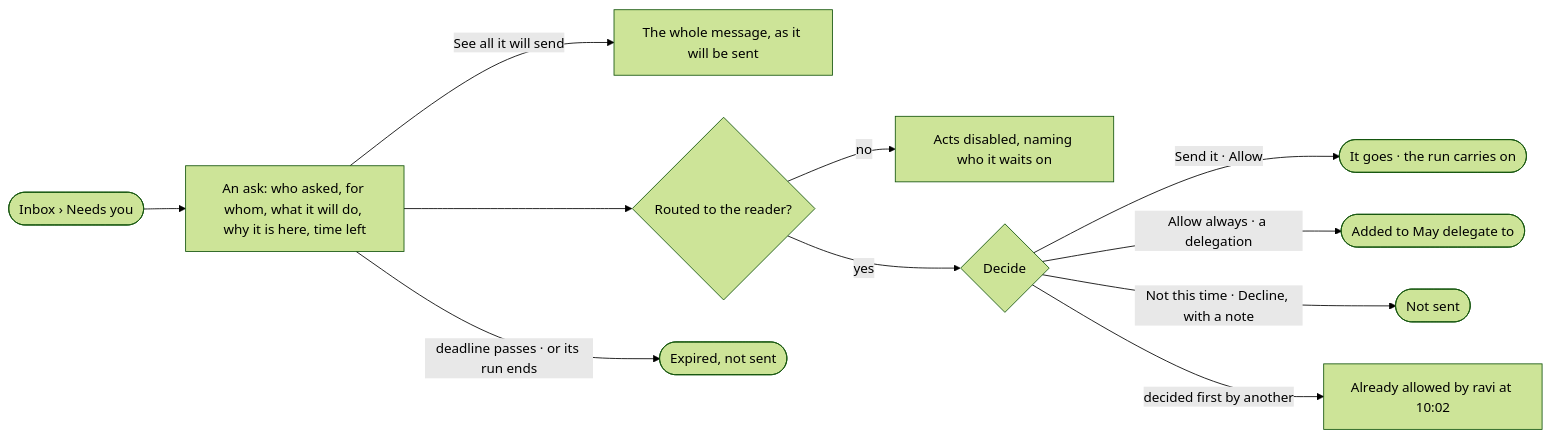
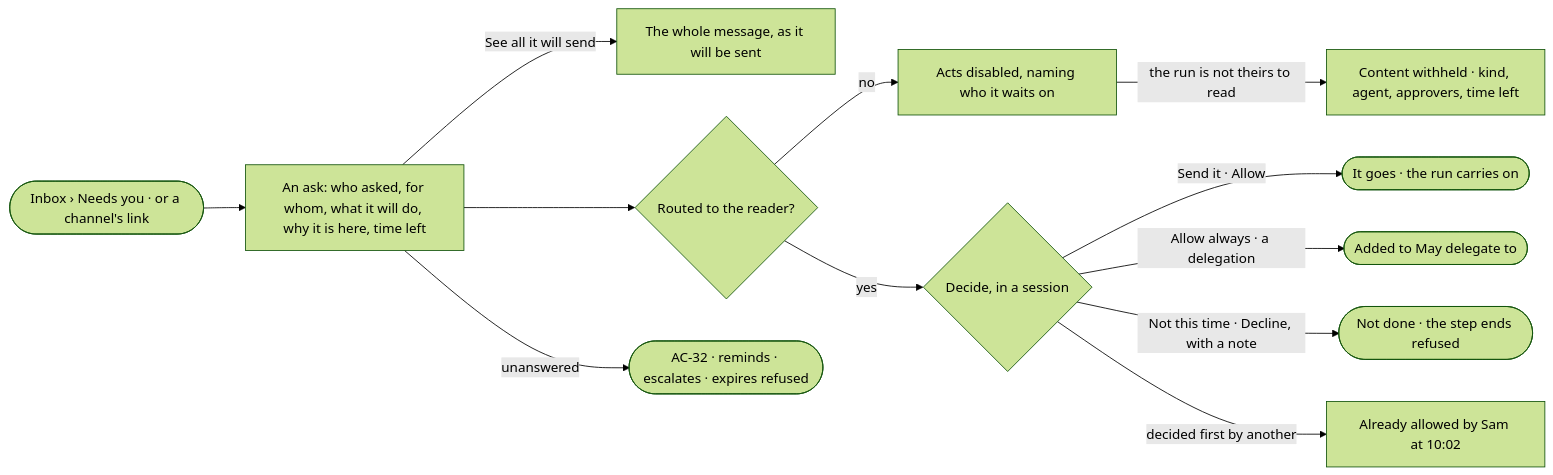
Before and after one commit to invana/invana: the diagram in specs/os/access/features/AC-F05-asks-and-approvals/stories/AC-15-decide-what-an-agent-asks-before-it-acts/story.md, drawn with Mermaid (forest theme). The commit also changed other lines of this file and 522 other files, not shown here.

````diff
--- a/specs/os/access/features/AC-F05-asks-and-approvals/stories/AC-15-decide-what-an-agent-asks-before-it-acts/story.md
+++ b/specs/os/access/features/AC-F05-asks-and-approvals/stories/AC-15-decide-what-an-agent-asks-before-it-acts/story.md
@@ -27,13 +27,14 @@
 ```mermaid
 flowchart LR
-  s([Inbox › Needs you]) --> a["An ask: who asked, for whom, what it will do, why it is here, time left"]
+  s([Inbox › Needs you · or a channel's link]) --> a["An ask: who asked, for whom, what it will do, why it is here, time left"]
   a -->|See all it will send| full["The whole message, as it will be sent"]
   a --> w{"Routed to the reader?"}
   w -->|no| ro["Acts disabled, naming who it waits on"]
-  w -->|yes| d{"Decide"}
+  ro -->|the run is not theirs to read| wh["Content withheld · kind, agent, approvers, time left"]
+  w -->|yes| d{"Decide, in a session"}
   d -->|Send it · Allow| go(["It goes · the run carries on"])
   d -->|Allow always · a delegation| al(["Added to May delegate to"])
-  d -->|Not this time · Decline, with a note| no(["Not sent"])
-  d -->|decided first by another| f["Already allowed by ravi at 10:02"]
-  a -->|deadline passes · or its run ends| ex(["Expired, not sent"])
+  d -->|Not this time · Decline, with a note| no(["Not done · the step ends refused"])
+  d -->|decided first by another| f["Already allowed by Sam at 10:02"]
+  a -->|unanswered| ex(["AC-32 · reminds · escalates · expires refused"])
 ```
````
